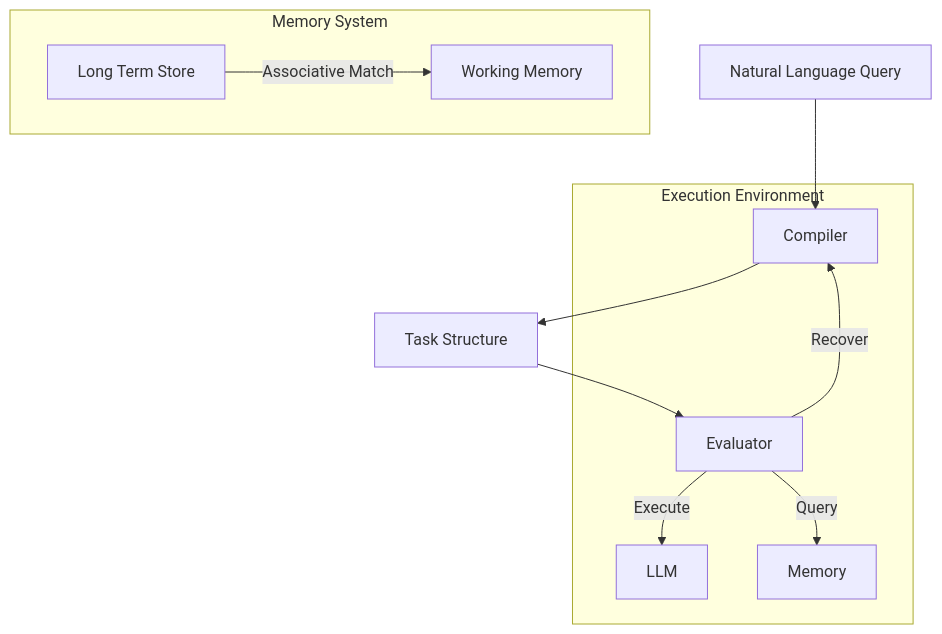
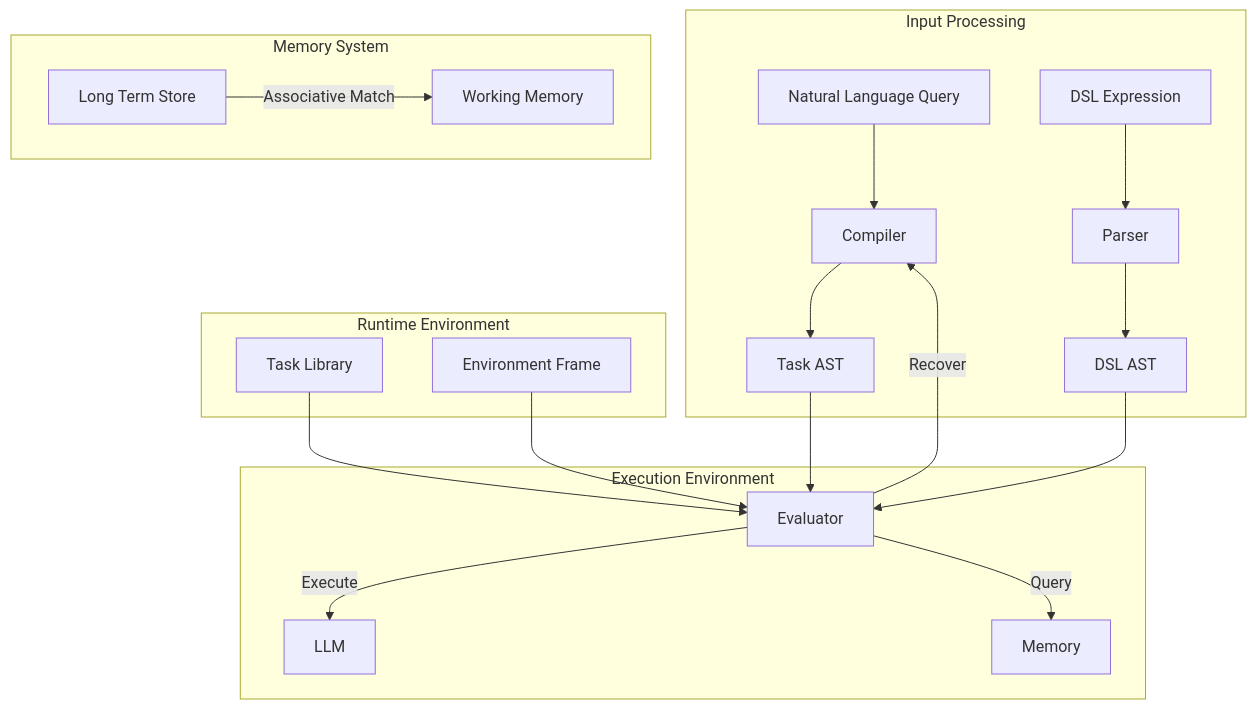
The diagram in claude/docs/system/README.md (hoidn/proposals), drawn with Mermaid before and after one commit. The commit also changed other lines of this file, not shown here.

Commit message:
add DSL aspect to readme

````diff
--- a/claude/docs/system/README.md
+++ b/claude/docs/system/README.md
@@ -9,18 +9,30 @@
 ```mermaid
 graph TD
-    NL[Natural Language Query] --> Compiler
-    Compiler --> AST[Task Structure]
-    AST --> Evaluator
-    
+    subgraph "Input Processing"
+        NL[Natural Language Query] --> Compiler
+        DSL[DSL Expression] --> Parser
+        Parser --> AST_DSL[DSL AST]
+        Compiler --> AST_NL[Task AST]
+    end
+
     subgraph "Execution Environment"
+        AST_DSL --> Evaluator
+        AST_NL --> Evaluator
         Evaluator -->|Execute| LLM
         Evaluator -->|Recover| Compiler
         Evaluator -->|Query| Memory
     end
     
     subgraph "Memory System"
         LongTerm[Long Term Store]
         Working[Working Memory]
         LongTerm -->|Associative Match| Working
     end
+
+    subgraph "Runtime Environment"
+        TaskLib[Task Library]
+        Env[Environment Frame]
+        TaskLib --> Evaluator
+        Env --> Evaluator
+    end
 ```
````
